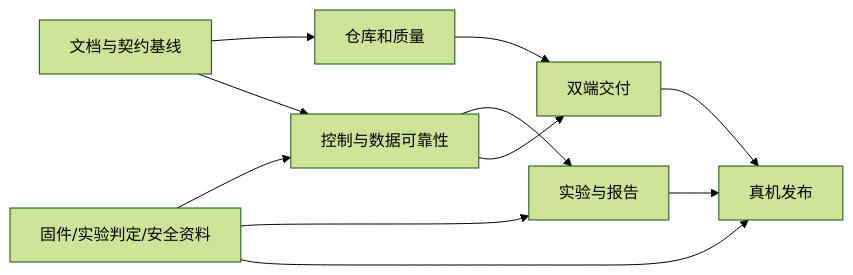
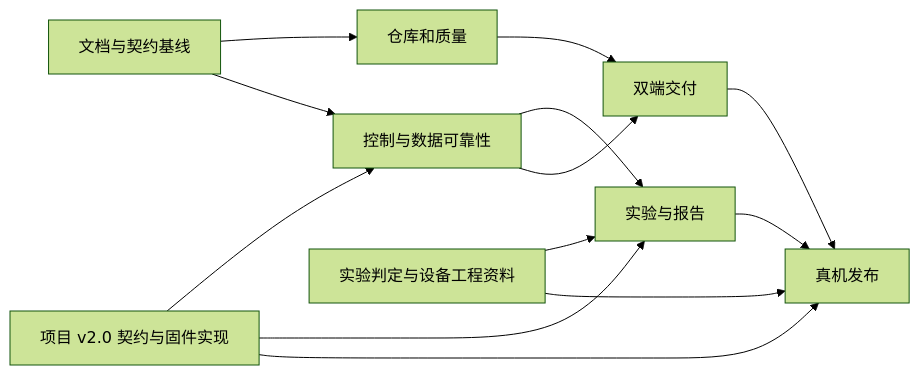
The diagram in tasks/plan.md (kevinalliswell/smd-web-hmi), drawn with Mermaid (forest theme) before and after one commit. The commit also changed other lines of this file and 30 other files, not shown here.

````diff
--- a/tasks/plan.md
+++ b/tasks/plan.md
@@ -32,13 +40,15 @@
 ```mermaid
 flowchart LR
   M0[文档与契约基线] --> M1[仓库和质量]
   M0 --> M2[控制与数据可靠性]
   M1 --> M4[双端交付]
   M2 --> M3[实验与报告]
   M2 --> M4
   M3 --> M5[真机发布]
   M4 --> M5
-  Contract[固件/实验判定/安全资料] --> M2
+  Contract[项目 v2.0 契约与固件实现] --> M2
   Contract --> M3
   Contract --> M5
+  Engineering[实验判定与设备工程资料] --> M3
+  Engineering --> M5
 ```
````
